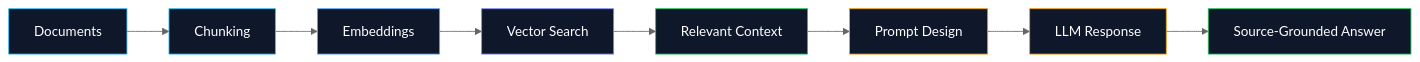
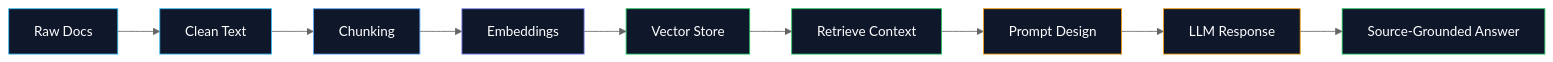
One commit to muteekhan06/muteekhan06 changed the second of 2 diagrams in README.md. Above: the diagram before and after it, drawn with Mermaid (neutral theme). The commit also changed other lines of this file, not shown here.

````diff
--- a/README.md
+++ b/README.md
@@ -147,19 +268,21 @@
 ```mermaid
 flowchart LR
-    A["Documents"] --> B["Chunking"]
-    B --> C["Embeddings"]
-    C --> D["Vector Search"]
-    D --> E["Relevant Context"]
-    E --> F["Prompt Design"]
-    F --> G["LLM Response"]
-    G --> H["Source-Grounded Answer"]
+    A["Raw Docs"] --> B["Clean Text"]
+    B --> C["Chunking"]
+    C --> D["Embeddings"]
+    D --> E["Vector Store"]
+    E --> F["Retrieve Context"]
+    F --> G["Prompt Design"]
+    G --> H["LLM Response"]
+    H --> I["Source-Grounded Answer"]
 
     style A fill:#0f172a,stroke:#38bdf8,color:#fff
     style B fill:#0f172a,stroke:#38bdf8,color:#fff
     style C fill:#0f172a,stroke:#60a5fa,color:#fff
     style D fill:#0f172a,stroke:#818cf8,color:#fff
     style E fill:#0f172a,stroke:#22c55e,color:#fff
-    style F fill:#0f172a,stroke:#f59e0b,color:#fff
+    style F fill:#0f172a,stroke:#22c55e,color:#fff
     style G fill:#0f172a,stroke:#f59e0b,color:#fff
-    style H fill:#0f172a,stroke:#22c55e,color:#fff
+    style H fill:#0f172a,stroke:#f59e0b,color:#fff
+    style I fill:#0f172a,stroke:#22c55e,color:#fff
 ```
````
